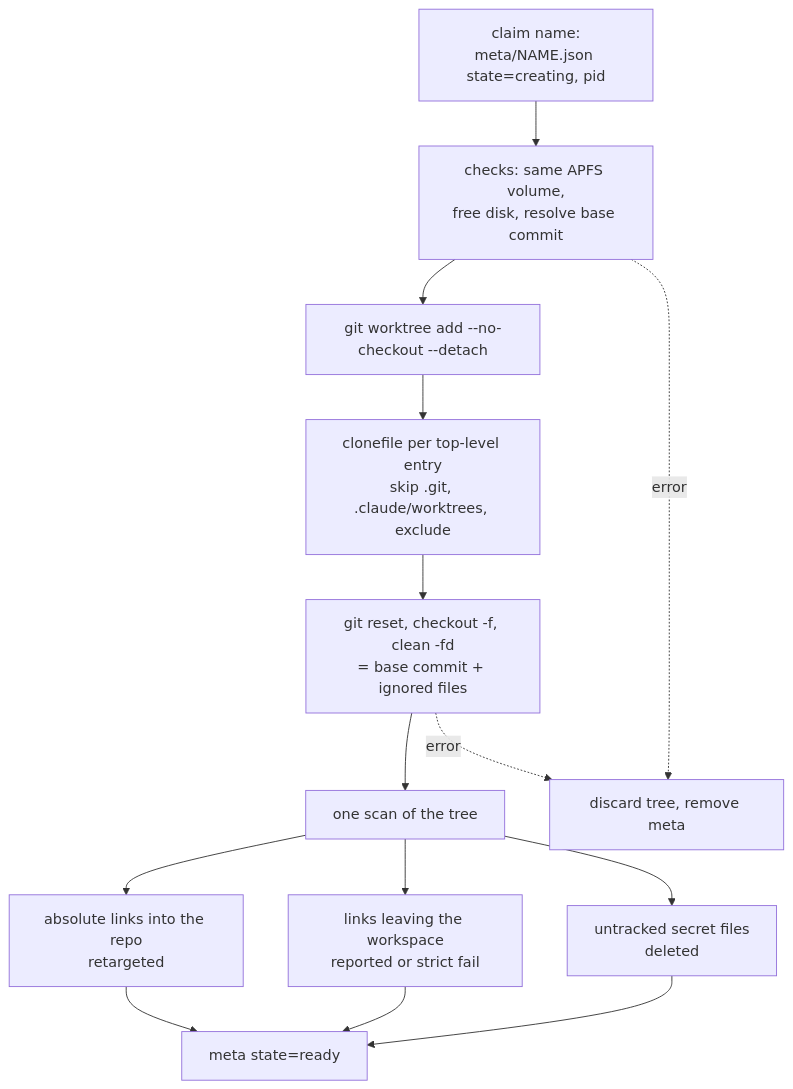
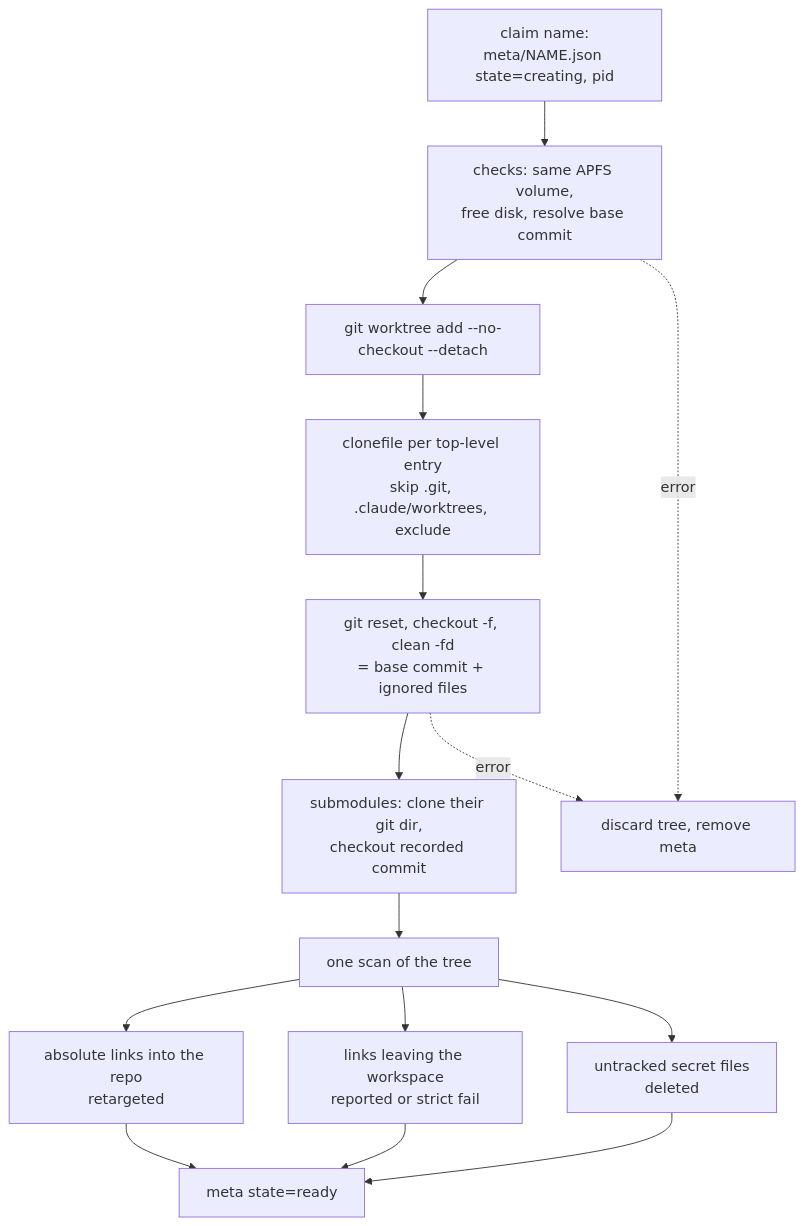
Before and after one commit to mendoanjoe/agent-ws: the second of 3 diagrams in README.md, drawn with Mermaid. The commit also changed other lines of this file and 5 other files, not shown here.

````diff
--- a/README.md
+++ b/README.md
@@ -48,14 +48,15 @@
 ```mermaid
 flowchart TD
     A[claim name:<br/>meta/NAME.json state=creating, pid] --> B[checks: same APFS volume,<br/>free disk, resolve base commit]
     B --> C[git worktree add --no-checkout --detach]
     C --> D[clonefile per top-level entry<br/>skip .git, .claude/worktrees, exclude]
     D --> E[git reset, checkout -f, clean -fd<br/>= base commit + ignored files]
-    E --> F[one scan of the tree]
+    E --> E2[submodules: clone their git dir,<br/>checkout recorded commit]
+    E2 --> F[one scan of the tree]
     F --> F1[absolute links into the repo<br/>retargeted]
     F --> F2[links leaving the workspace<br/>reported or strict fail]
     F --> F3[untracked secret files<br/>deleted]
     F1 & F2 & F3 --> G[meta state=ready]
     B -. error .-> Z[discard tree, remove meta]
     E -. error .-> Z
 ```
````
